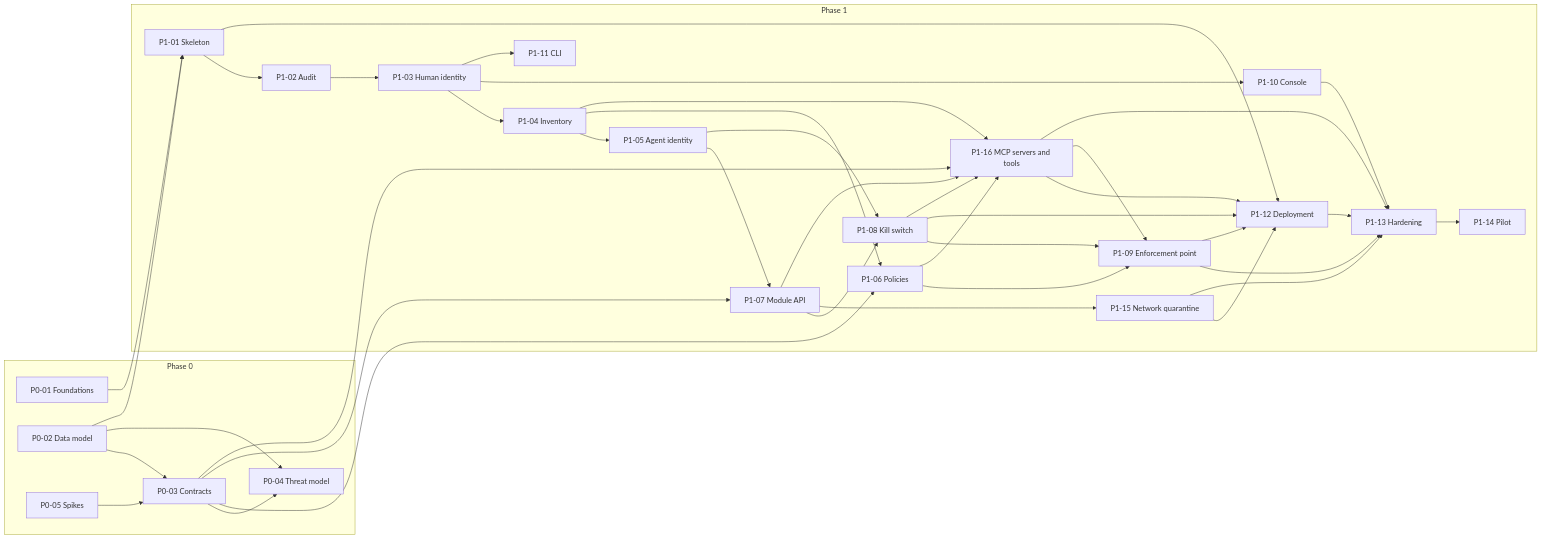
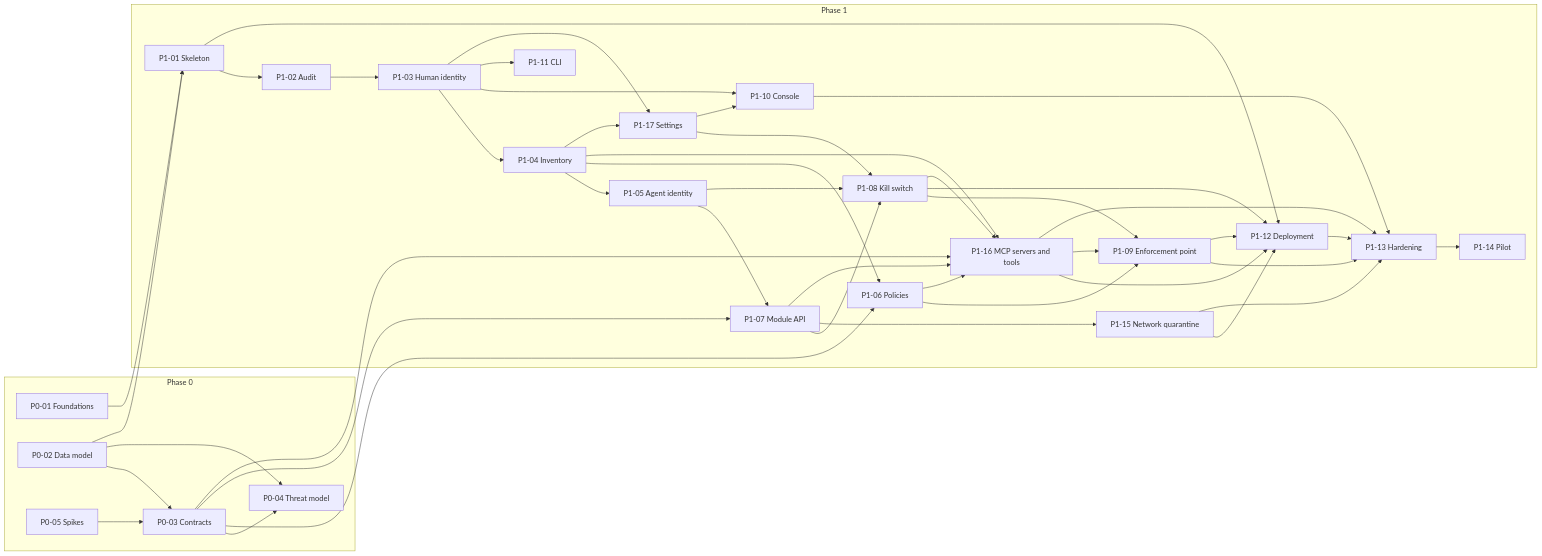
Before and after one commit to J466Y/WhiteTower: the diagram in docs/plans/README.md, drawn with Mermaid. The commit also changed other lines of this file and 14 other files, not shown here.

````diff
--- a/docs/plans/README.md
+++ b/docs/plans/README.md
@@ -52,66 +53,71 @@
 ```mermaid
 flowchart LR
     subgraph P0[Phase 0]
         P001[P0-01 Foundations]
         P002[P0-02 Data model]
         P003[P0-03 Contracts]
         P004[P0-04 Threat model]
         P005[P0-05 Spikes]
     end
     subgraph P1[Phase 1]
         P101[P1-01 Skeleton]
         P102[P1-02 Audit]
         P103[P1-03 Human identity]
         P104[P1-04 Inventory]
         P105[P1-05 Agent identity]
         P106[P1-06 Policies]
         P107[P1-07 Module API]
         P108[P1-08 Kill switch]
         P109[P1-09 Enforcement point]
         P110[P1-10 Console]
         P111[P1-11 CLI]
         P112[P1-12 Deployment]
         P113[P1-13 Hardening]
         P114[P1-14 Pilot]
         P115[P1-15 Network quarantine]
         P116[P1-16 MCP servers and tools]
+        P117[P1-17 Settings]
     end
     P002 --> P003
     P005 --> P003
     P002 --> P004
     P003 --> P004
     P001 --> P101
     P002 --> P101
     P101 --> P102
     P102 --> P103
     P103 --> P104
     P104 --> P105
     P104 --> P106
     P003 --> P106
     P003 --> P107
     P105 --> P107
     P105 --> P108
     P107 --> P108
     P106 --> P109
     P108 --> P109
     P103 --> P110
     P103 --> P111
     P101 --> P112
     P108 --> P112
     P109 --> P113
     P110 --> P113
     P112 --> P113
     P113 --> P114
     P107 --> P115
     P115 --> P112
     P109 --> P112
     P116 --> P112
     P115 --> P113
     P003 --> P116
     P104 --> P116
     P106 --> P116
     P107 --> P116
     P108 --> P116
     P116 --> P109
     P116 --> P113
+    P103 --> P117
+    P104 --> P117
+    P117 --> P108
+    P117 --> P110
 ```
````
